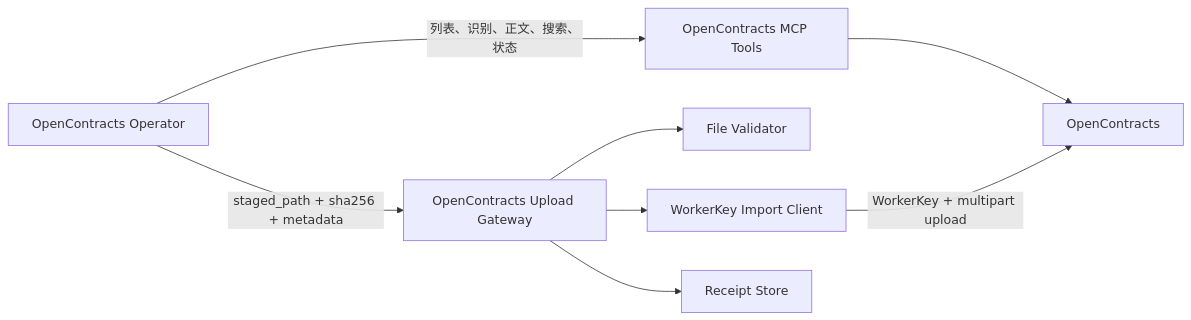
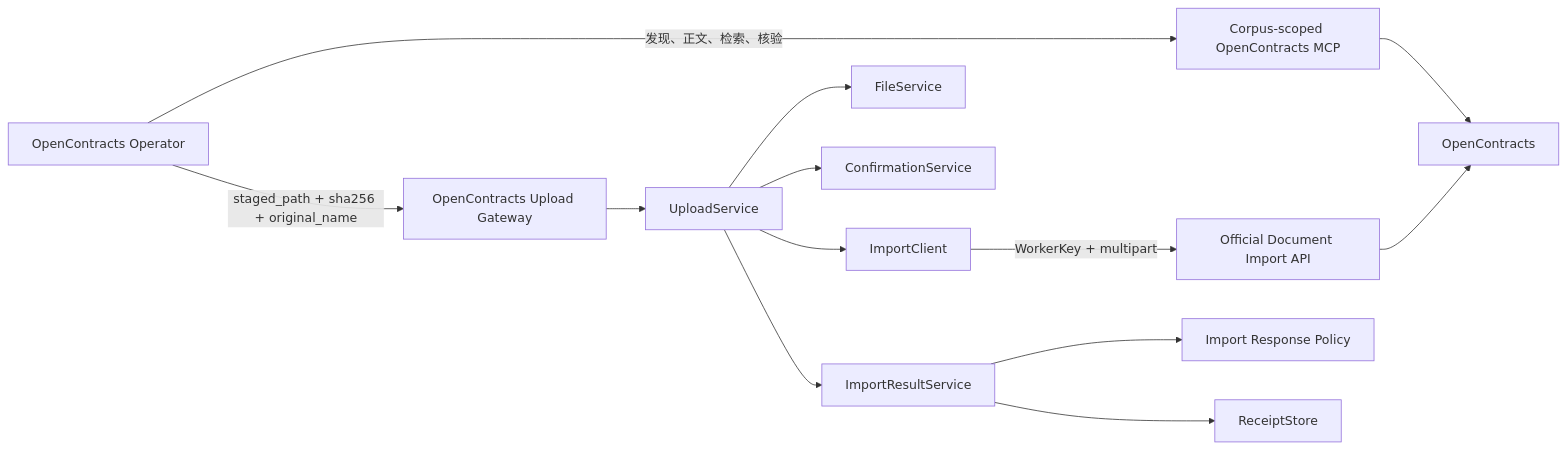
One commit to Ri0n72Y/ContractBotConfig changed the first of 3 diagrams in plugins/astrbot_plugin_opencontracts_gateway/README.md. Above: the diagram before and after it, drawn with Mermaid. The commit also changed other lines of this file and 45 other files, not shown here.

````diff
--- a/plugins/astrbot_plugin_opencontracts_gateway/README.md
+++ b/plugins/astrbot_plugin_opencontracts_gateway/README.md
@@ -19,18 +16,28 @@
 ```mermaid
 flowchart LR
     Operator[OpenContracts Operator]
-    MCP[OpenContracts MCP Tools]
+    MCP[Corpus-scoped OpenContracts MCP]
     Gateway[OpenContracts Upload Gateway]
-    Validator[File Validator]
-    ImportClient[WorkerKey Import Client]
-    ReceiptStore[Receipt Store]
+    UploadService[UploadService]
+    FileService[FileService]
+    Confirmation[ConfirmationService]
+    ImportClient[ImportClient]
+    ResponsePolicy[Import Response Policy]
+    ResultService[ImportResultService]
+    ReceiptStore[ReceiptStore]
+    ImportAPI[Official Document Import API]
     OC[OpenContracts]
 
-    Operator -->|列表、识别、正文、搜索、状态| MCP
+    Operator -->|发现、正文、检索、核验| MCP
     MCP --> OC
-    Operator -->|staged_path + sha256 + metadata| Gateway
-    Gateway --> Validator
-    Gateway --> ImportClient
-    ImportClient -->|WorkerKey + multipart upload| OC
-    Gateway --> ReceiptStore
+    Operator -->|staged_path + sha256 + original_name| Gateway
+    Gateway --> UploadService
+    UploadService --> FileService
+    UploadService --> Confirmation
+    UploadService --> ImportClient
+    ImportClient -->|WorkerKey + multipart| ImportAPI
+    ImportAPI --> OC
+    UploadService --> ResultService
+    ResultService --> ResponsePolicy
+    ResultService --> ReceiptStore
 ```
````
